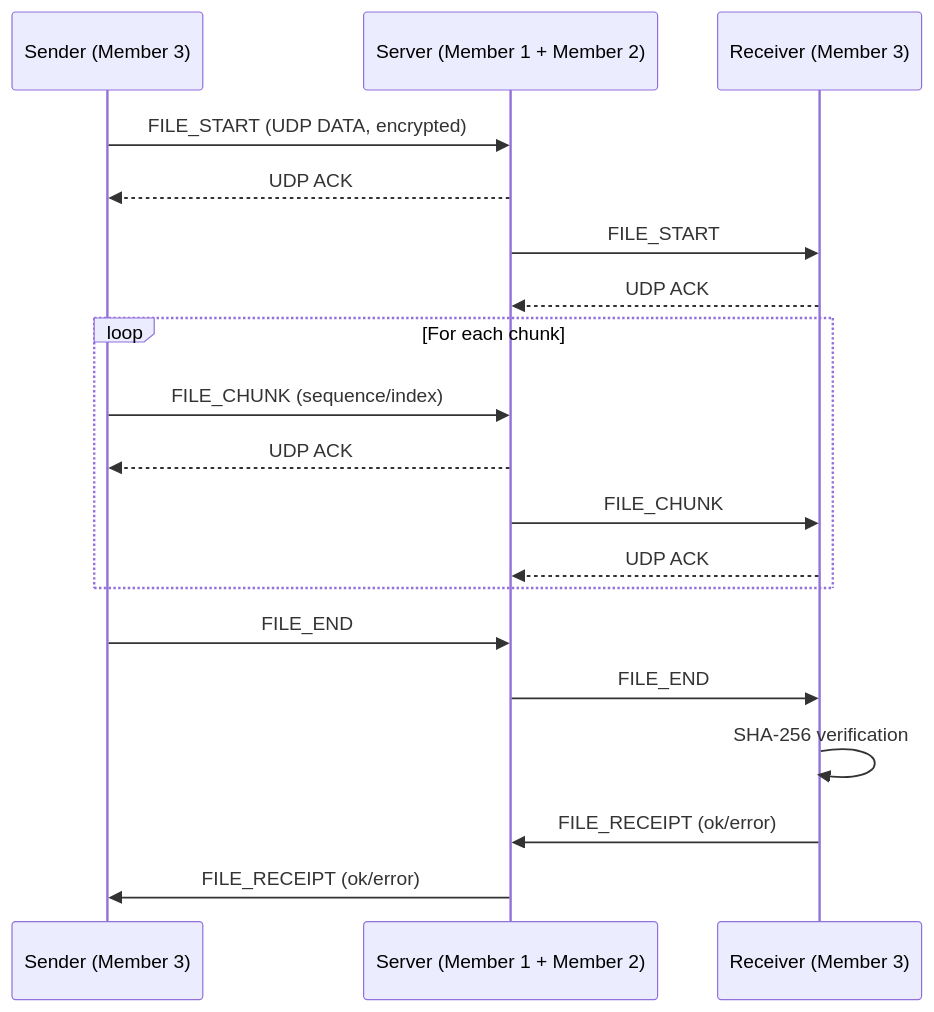
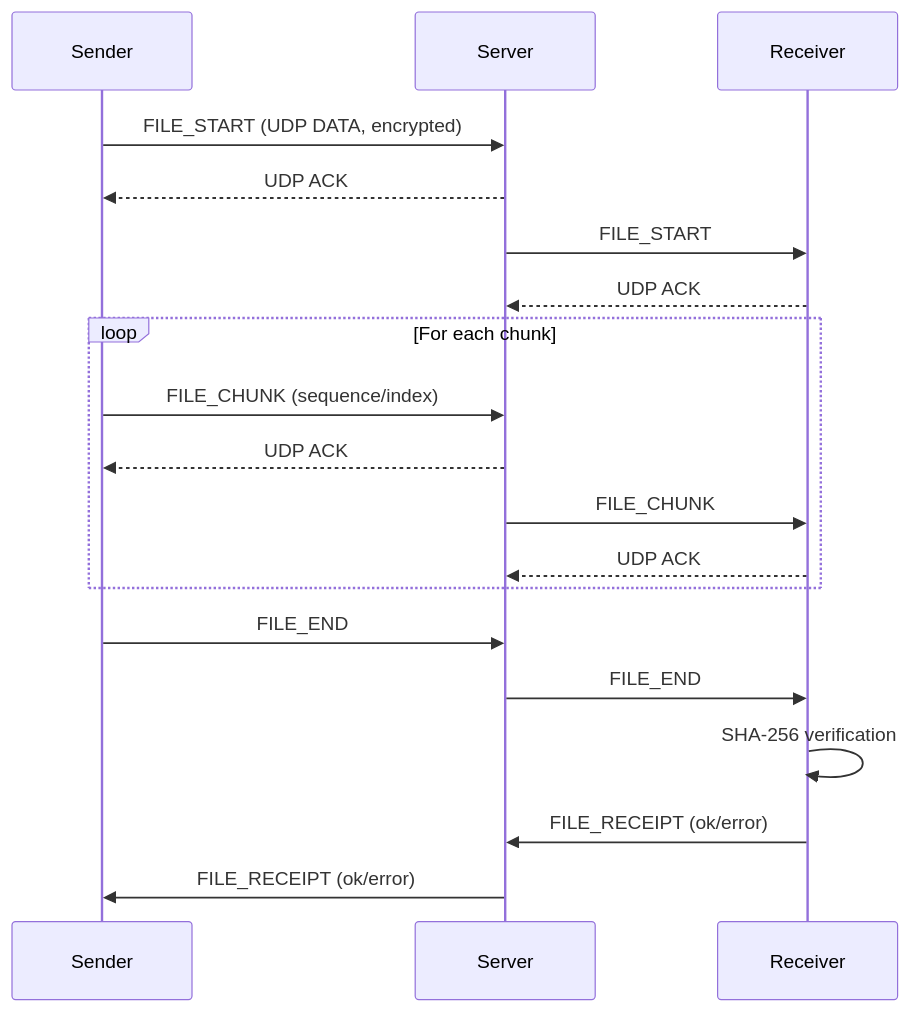
One commit to Qtryn/Computer_Network_ASS1 changed the second of 3 diagrams in docs/protocol.md. Above: the diagram before and after it, drawn with Mermaid. The commit also changed other lines of this file and 184 other files, not shown here.

````diff
--- a/docs/protocol.md
+++ b/docs/protocol.md
@@ -154,21 +154,21 @@
 ```mermaid
 sequenceDiagram
-    participant A as Sender (Member 3)
-    participant S as Server (Member 1 + Member 2)
-    participant B as Receiver (Member 3)
+    participant A as Sender
+    participant S as Server
+    participant B as Receiver
     A->>S: FILE_START (UDP DATA, encrypted)
     S-->>A: UDP ACK
     S->>B: FILE_START
     B-->>S: UDP ACK
     loop For each chunk
         A->>S: FILE_CHUNK (sequence/index)
         S-->>A: UDP ACK
         S->>B: FILE_CHUNK
         B-->>S: UDP ACK
     end
     A->>S: FILE_END
     S->>B: FILE_END
     B->>B: SHA-256 verification
     B->>S: FILE_RECEIPT (ok/error)
     S->>A: FILE_RECEIPT (ok/error)
 ```
````
